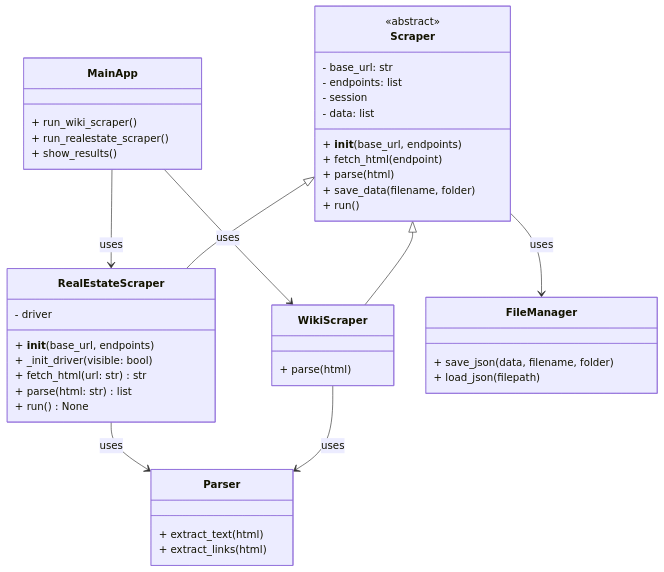
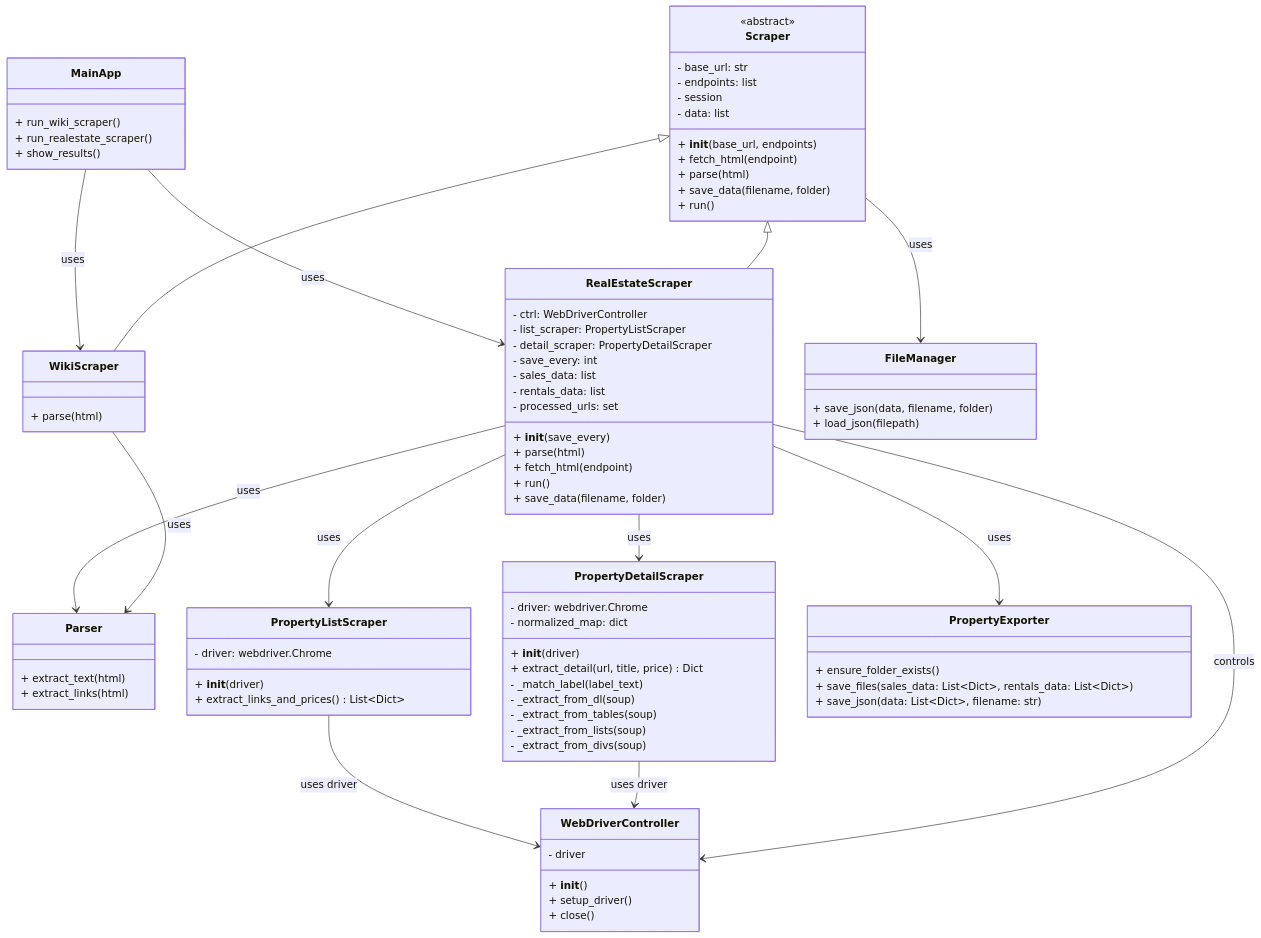
One commit to NicolasFelipeLuisCastillo/project_webscraper changed the diagram in README.md. Above: the diagram before and after it, drawn with Mermaid.

Commit message:
Update README with new scraper classes and relationships
Added new classes for web scraping and property management.

````diff
--- a/README.md
+++ b/README.md
@@ -29,6 +29,7 @@
 classDiagram
 direction TB
 
+%% ==== CLASE BASE ====
 class Scraper {
     <<abstract>>
     - base_url: str
@@ -42,19 +43,27 @@
     + run()
 }
 
+%% ==== SUBCLASES ====
 class WikiScraper {
     + parse(html)
 }
 
 class RealEstateScraper {
-    - driver
-    + __init__(base_url, endpoints)
-    + _init_driver(visible: bool)
-    + fetch_html(url: str) str
-    + parse(html: str) list
-    + run() None
+    - ctrl: WebDriverController
+    - list_scraper: PropertyListScraper
+    - detail_scraper: PropertyDetailScraper
+    - save_every: int
+    - sales_data: list
+    - rentals_data: list
+    - processed_urls: set
+    + __init__(save_every)
+    + parse(html)
+    + fetch_html(endpoint)
+    + run()
+    + save_data(filename, folder)
 }
 
+%% ==== COMPONENTES AUXILIARES ====
 class Parser {
     + extract_text(html)
     + extract_links(html)
@@ -71,6 +80,39 @@
     + show_results()
 }
 
+%% ==== CLASES NUEVAS ====
+class WebDriverController {
+    - driver
+    + __init__()
+    + setup_driver()
+    + close()
+}
+
+class PropertyListScraper {
+    - driver: webdriver.Chrome
+    + __init__(driver)
+    + extract_links_and_prices() List~Dict~
+}
+
+class PropertyDetailScraper {
+    - driver: webdriver.Chrome
+    - normalized_map: dict
+    + __init__(driver)
+    + extract_detail(url, title, price) Dict
+    - _match_label(label_text)
+    - _extract_from_dl(soup)
+    - _extract_from_tables(soup)
+    - _extract_from_lists(soup)
+    - _extract_from_divs(soup)
+}
+
+class PropertyExporter {
+    + ensure_folder_exists()
+    + save_files(sales_data: List~Dict~, rentals_data: List~Dict~)
+    + save_json(data: List~Dict~, filename: str)
+}
+
+%% ==== RELACIONES ====
 Scraper <|-- WikiScraper
 Scraper <|-- RealEstateScraper
 
@@ -80,4 +122,12 @@
 RealEstateScraper --> Parser : uses
 Scraper --> FileManager : uses
 
+%% ==== NUEVAS RELACIONES ====
+RealEstateScraper --> WebDriverController : controls
+RealEstateScraper --> PropertyListScraper : uses
+RealEstateScraper --> PropertyDetailScraper : uses
+RealEstateScraper --> PropertyExporter : uses
+PropertyDetailScraper --> WebDriverController : uses driver
+PropertyListScraper --> WebDriverController : uses driver
+
 ```
````
